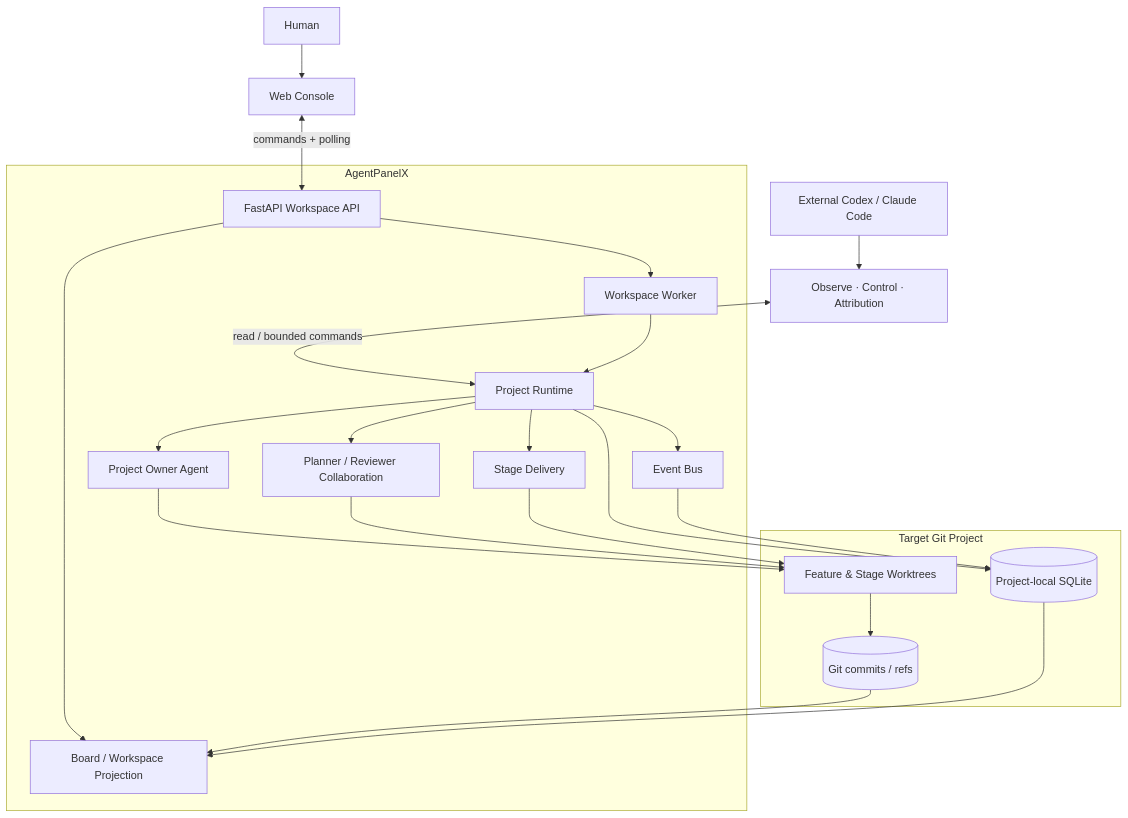
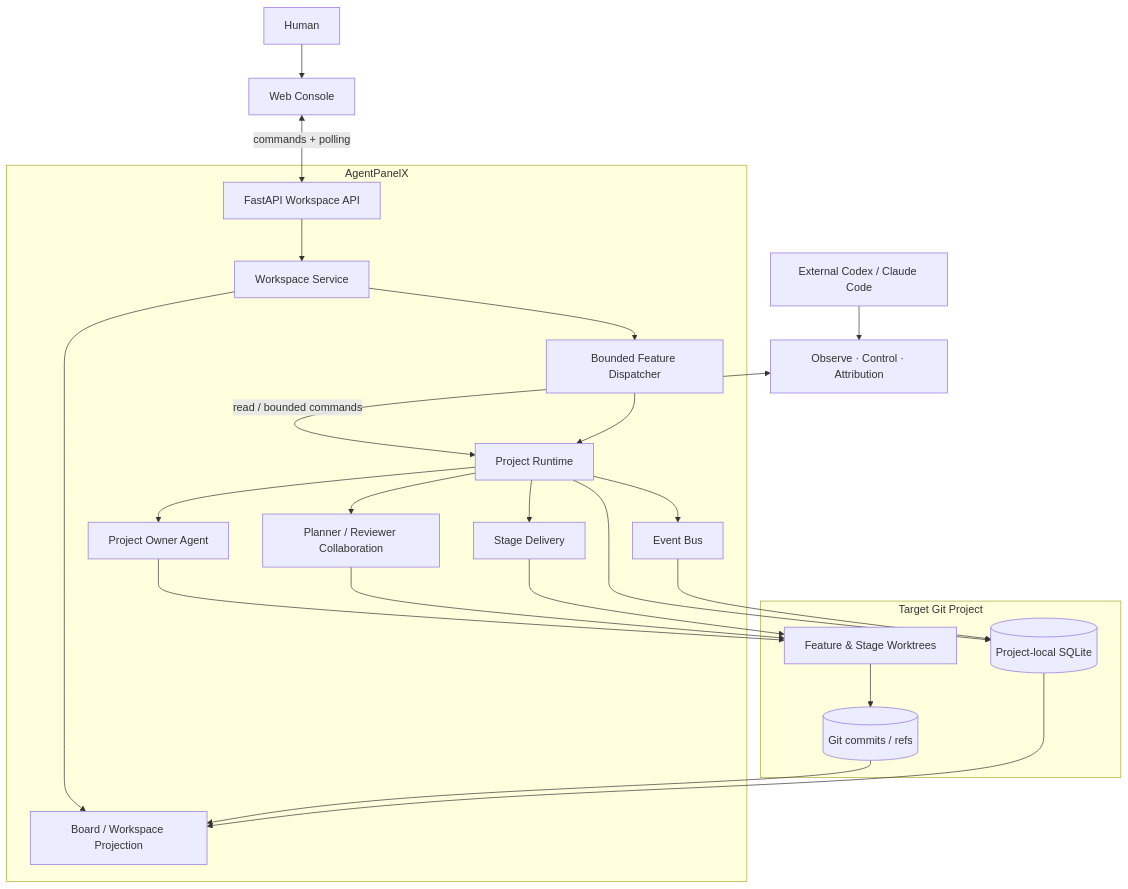
One commit to aowo-1345/AgentPanelX changed the diagram in README.md. Above: the diagram before and after it, drawn with Mermaid. The commit also changed other lines of this file and 24 other files, not shown here.

Commit message:
feat: direct workspace feature scheduling

````diff
--- a/README.md
+++ b/README.md
@@ -59,44 +59,46 @@
 ```mermaid
 flowchart TB
     Human[Human]
     Browser[Web Console]
     External[External Codex / Claude Code]
     Skills[Observe · Control · Attribution]
 
     subgraph APX[AgentPanelX]
         API[FastAPI Workspace API]
-        Worker[Workspace Worker]
+        Workspace[Workspace Service]
+        Dispatcher[Bounded Feature Dispatcher]
         Runtime[Project Runtime]
         Owner[Project Owner Agent]
         Collaboration[Planner / Reviewer Collaboration]
         Delivery[Stage Delivery]
         Projection[Board / Workspace Projection]
         Bus[Event Bus]
     end
 
     subgraph Project[Target Git Project]
         Worktrees[Feature & Stage Worktrees]
         Git[(Git commits / refs)]
         SQLite[(Project-local SQLite)]
     end
 
     Human --> Browser
     Browser <-->|commands + polling| API
     External --> Skills
     Skills <-->|read / bounded commands| Runtime
-    API --> Worker
-    API --> Projection
-    Worker --> Runtime
+    API --> Workspace
+    Workspace --> Dispatcher
+    Workspace --> Projection
+    Dispatcher --> Runtime
     Runtime --> Owner
     Runtime --> Collaboration
     Runtime --> Delivery
     Owner --> Worktrees
     Collaboration --> Worktrees
     Delivery --> Worktrees
     Worktrees --> Git
     Runtime --> SQLite
     Runtime --> Bus
     Bus --> SQLite
     Git --> Projection
     SQLite --> Projection
 ```
````
